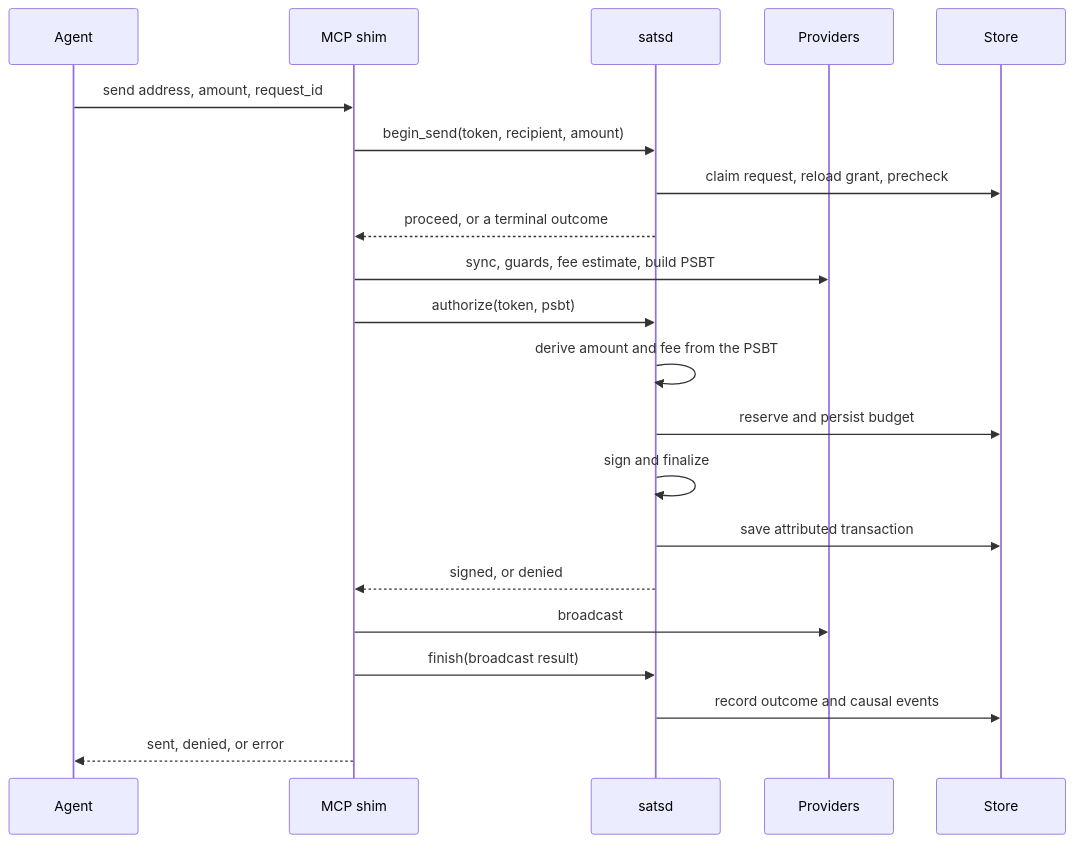
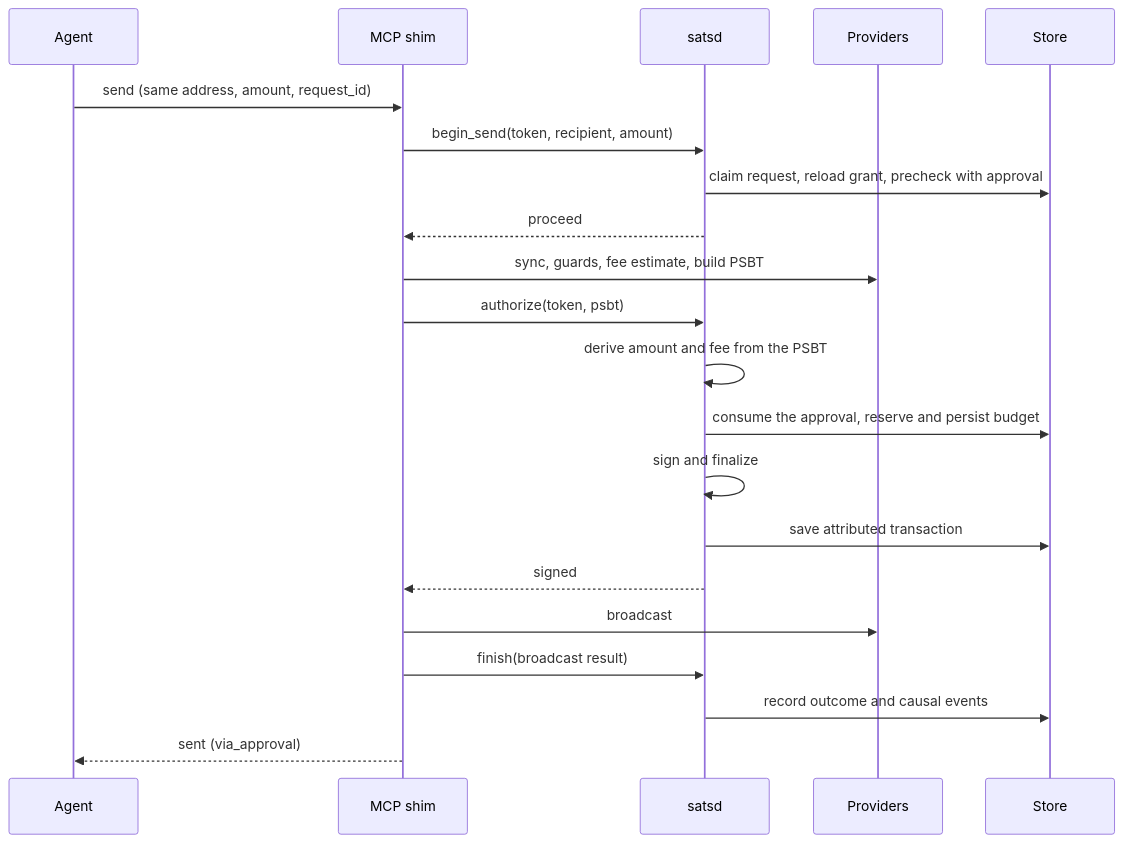
One commit to idemresearch/sats changed the fourth of 4 diagrams in docs/architecture.md. Above: the diagram before and after it, drawn with Mermaid. The commit also changed other lines of this file and 10 other files, not shown here.

````diff
--- a/docs/architecture.md
+++ b/docs/architecture.md
@@ -174,23 +201,23 @@
 ```mermaid
 sequenceDiagram
     participant A as Agent
     participant M as MCP shim
     participant D as satsd
     participant P as Providers
     participant S as Store
-    A->>M: send address, amount, request_id
+    A->>M: send (same address, amount, request_id)
     M->>D: begin_send(token, recipient, amount)
-    D->>S: claim request, reload grant, precheck
-    D-->>M: proceed, or a terminal outcome
+    D->>S: claim request, reload grant, precheck with approval
+    D-->>M: proceed
     M->>P: sync, guards, fee estimate, build PSBT
     M->>D: authorize(token, psbt)
     D->>D: derive amount and fee from the PSBT
-    D->>S: reserve and persist budget
+    D->>S: consume the approval, reserve and persist budget
     D->>D: sign and finalize
     D->>S: save attributed transaction
-    D-->>M: signed, or denied
+    D-->>M: signed
     M->>P: broadcast
     M->>D: finish(broadcast result)
     D->>S: record outcome and causal events
-    M-->>A: sent, denied, or error
+    M-->>A: sent (via_approval)
 ```
````
